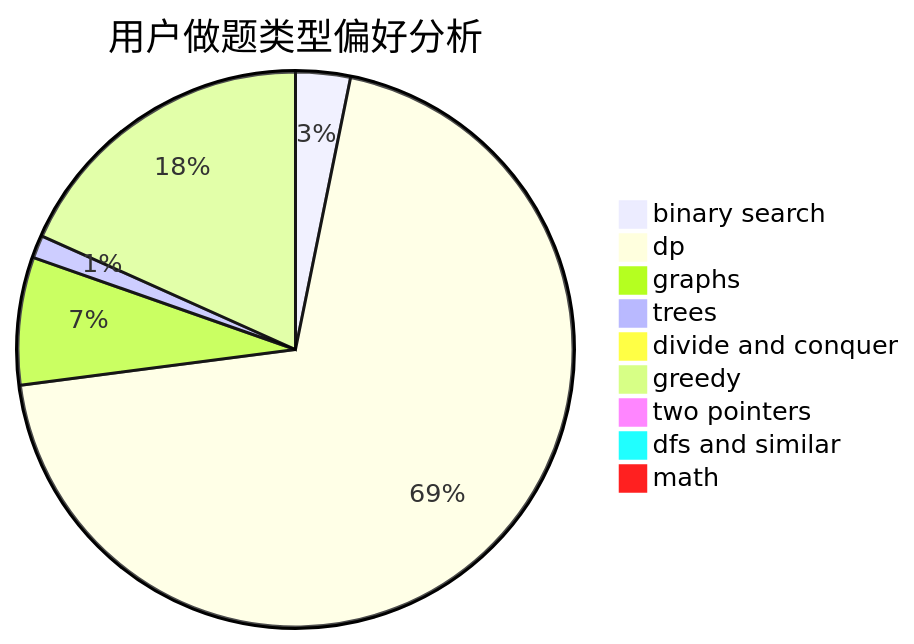
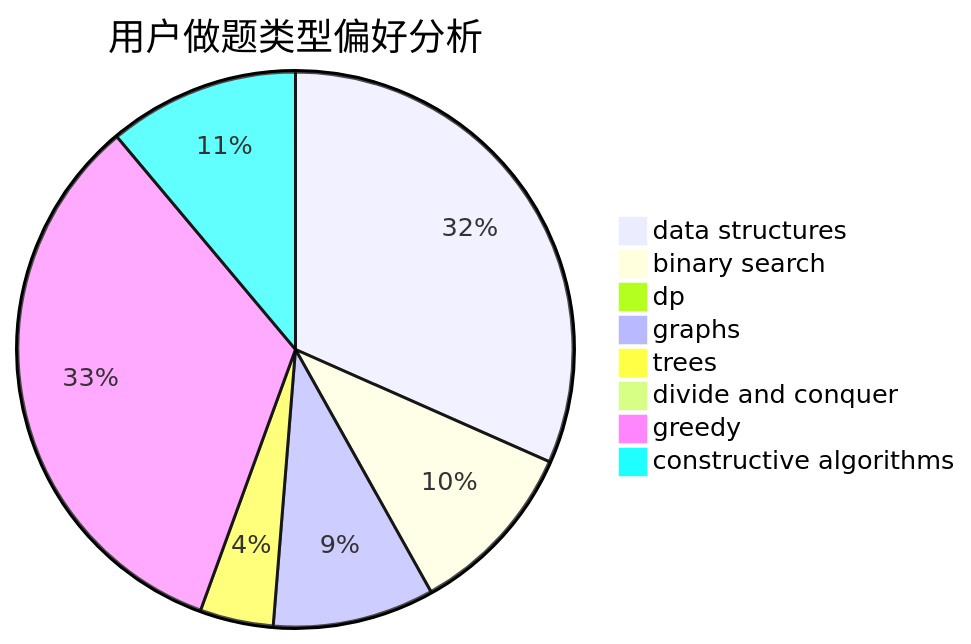
Before and after one commit to sherpahu/cfrs.github.io: the second of 3 diagrams in docs/user/u1225.md, drawn with Mermaid. The commit also changed other lines of this file and 2775 other files, not shown here.

````diff
--- a/docs/user/u1225.md
+++ b/docs/user/u1225.md
@@ -23,12 +23,11 @@
 ```mermaid
 pie title 用户做题类型偏好分析
+    "data structures" :  37
     "binary search" :  12
-    "dp" :  263
-    "graphs" :  28
+    "dp" :  0
+    "graphs" :  11
     "trees" :  5
     "divide and conquer" :  0
-    "greedy" :  69
-    "two pointers" :  0
-    "dfs and similar" :  3
-    "math" :  3
+    "greedy" :  39
+    "constructive algorithms" :  13
 ```
````
